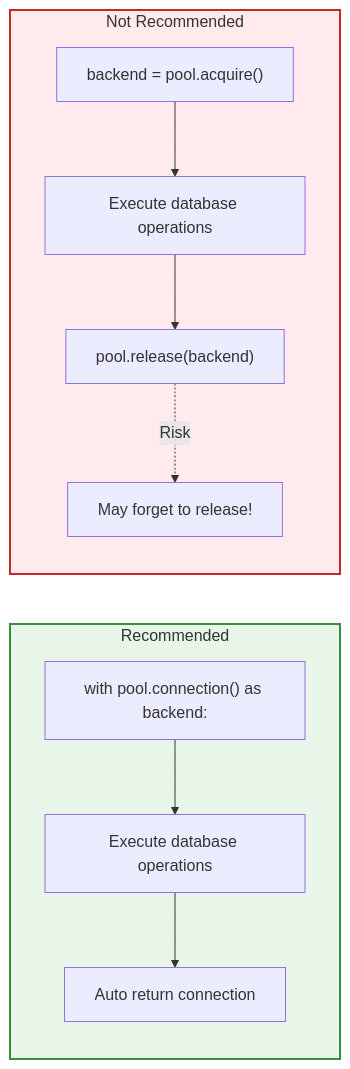
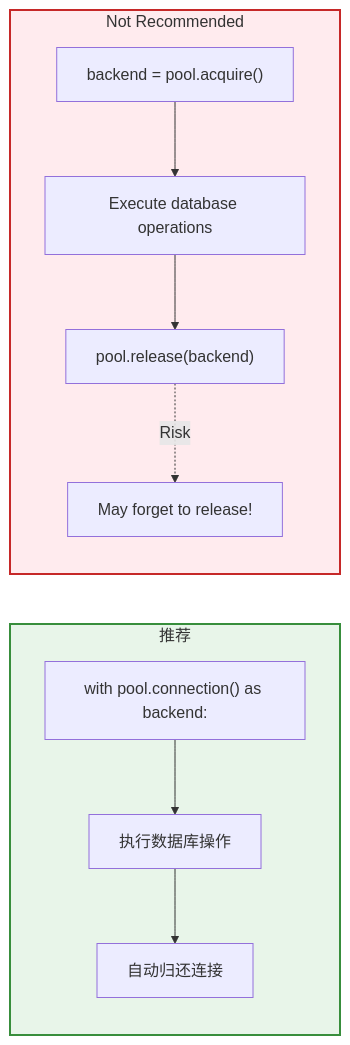
The second of 4 diagrams in docs/zh_CN/connection/connection_pool.md (rhosocial/python-activerecord), drawn with Mermaid before and after one commit. The commit also changed other lines of this file and 2 other files, not shown here.

````diff
--- a/docs/zh_CN/connection/connection_pool.md
+++ b/docs/zh_CN/connection/connection_pool.md
@@ -80,21 +80,21 @@
 ```mermaid
 flowchart LR
-    subgraph Recommended["Recommended"]
+    subgraph Recommended["推荐"]
         D1["with pool.connection() as backend:"]
-        D2["Execute database operations"]
-        D3["Auto return connection"]
+        D2["执行数据库操作"]
+        D3["自动归还连接"]
         D1 --> D2 --> D3
     end
 
-    subgraph NotRecommended["Not Recommended"]
+subgraph NotRecommended["Not Recommended"]
         E1["backend = pool.acquire()"]
         E2["Execute database operations"]
         E3["pool.release(backend)"]
         E4["May forget to release!"]
         E1 --> E2 --> E3
         E3 -.->|Risk| E4
     end
 
     style Recommended fill:#e8f5e9,stroke:#388e3c,stroke-width:2px
     style NotRecommended fill:#ffebee,stroke:#c62828,stroke-width:2px
 ```
````
